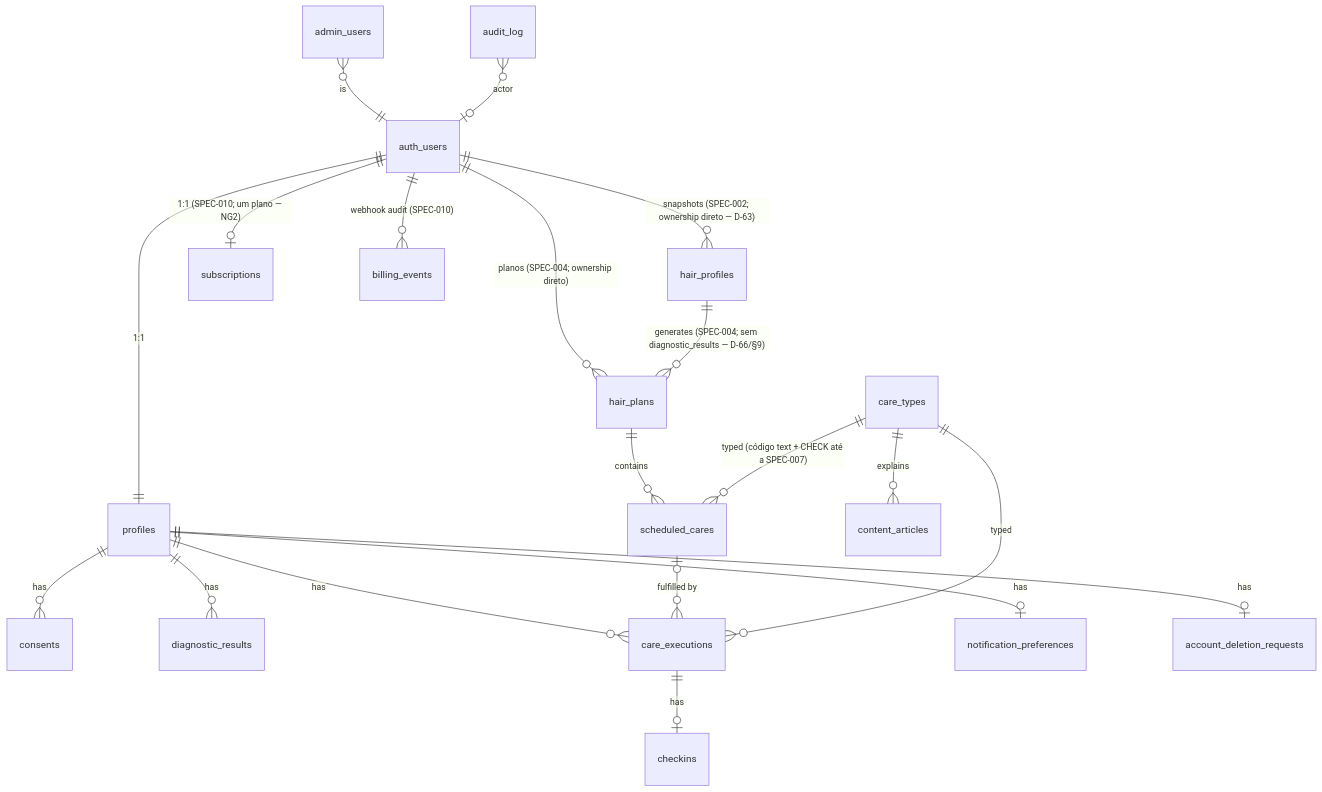
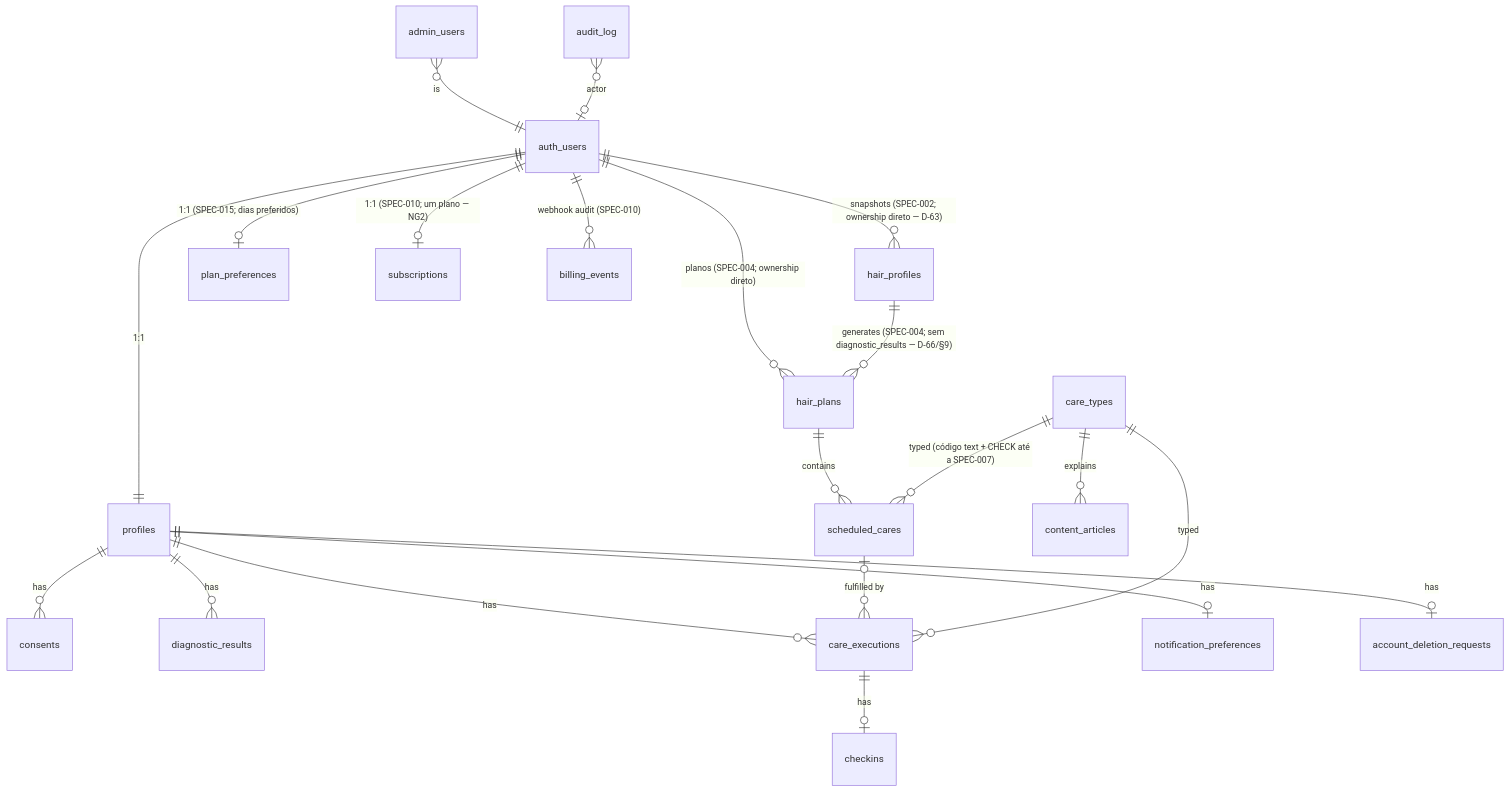
Before and after one commit to gabrielfmorais/Aplicativo-Sass: the diagram in docs/architecture/DATA-MODEL.md, drawn with Mermaid. The commit also changed other lines of this file and 4 other files, not shown here.

First line of the commit message:
feat(schedule): SPEC-015 PR-2 — plan_preferences table, RLS and pgTAP (D-81) (#43)

````diff
--- a/docs/architecture/DATA-MODEL.md
+++ b/docs/architecture/DATA-MODEL.md
@@ -31,22 +31,23 @@
 ```mermaid
 erDiagram
     auth_users ||--|| profiles : "1:1"
     profiles ||--o{ consents : has
     auth_users ||--o{ hair_profiles : "snapshots (SPEC-002; ownership direto — D-63)"
     auth_users ||--o{ hair_plans : "planos (SPEC-004; ownership direto)"
     profiles ||--o{ diagnostic_results : has
     profiles ||--o{ care_executions : has
     profiles ||--o| notification_preferences : has
+    auth_users ||--o| plan_preferences : "1:1 (SPEC-015; dias preferidos)"
     auth_users ||--o| subscriptions : "1:1 (SPEC-010; um plano — NG2)"
     auth_users ||--o{ billing_events : "webhook audit (SPEC-010)"
     profiles ||--o| account_deletion_requests : has
     hair_profiles ||--o{ hair_plans : "generates (SPEC-004; sem diagnostic_results — D-66/§9)"
     hair_plans ||--o{ scheduled_cares : contains
     scheduled_cares o|--o{ care_executions : "fulfilled by"
     care_executions ||--o| checkins : has
     care_types ||--o{ scheduled_cares : "typed (código text + CHECK até a SPEC-007)"
     care_types ||--o{ care_executions : typed
     care_types ||--o{ content_articles : explains
     admin_users }o--|| auth_users : is
     audit_log }o--o| auth_users : actor
 ```
````
